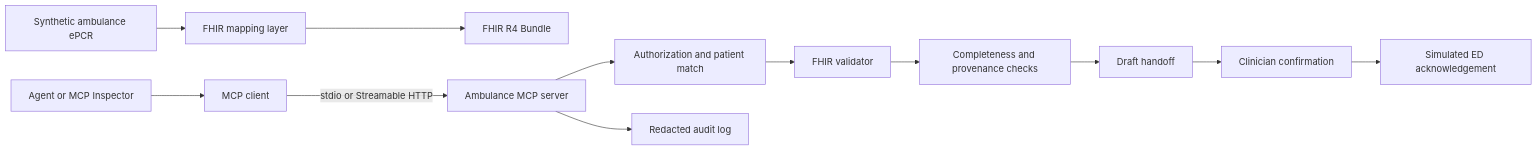
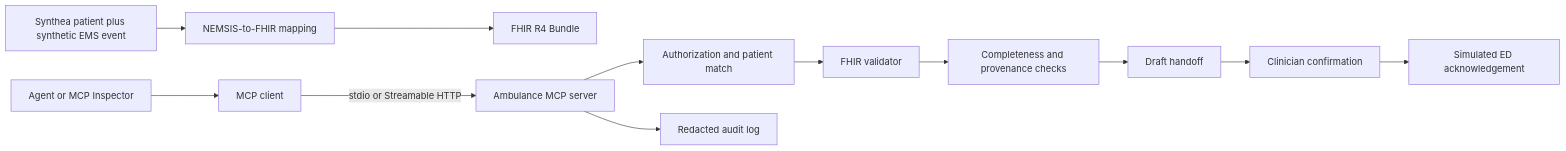
One commit to comrade1996/cosc726-omairgibreel changed the diagram in week05/project_proposal.md. Above: the diagram before and after it, drawn with Mermaid. The commit also changed other lines of this file and 2 other files, not shown here.

````diff
--- a/week05/project_proposal.md
+++ b/week05/project_proposal.md
@@ -70,14 +120,14 @@
 ```mermaid
 flowchart LR
-    A[Synthetic ambulance ePCR] --> B[FHIR mapping layer]
+    A[Synthea patient plus synthetic EMS event] --> B[NEMSIS-to-FHIR mapping]
     B --> C[FHIR R4 Bundle]
     D[Agent or MCP Inspector] --> E[MCP client]
     E -->|stdio or Streamable HTTP| F[Ambulance MCP server]
     F --> G[Authorization and patient match]
     G --> H[FHIR validator]
     H --> I[Completeness and provenance checks]
     I --> J[Draft handoff]
     J --> K[Clinician confirmation]
     K --> L[Simulated ED acknowledgement]
     F --> M[Redacted audit log]
 ```
````
